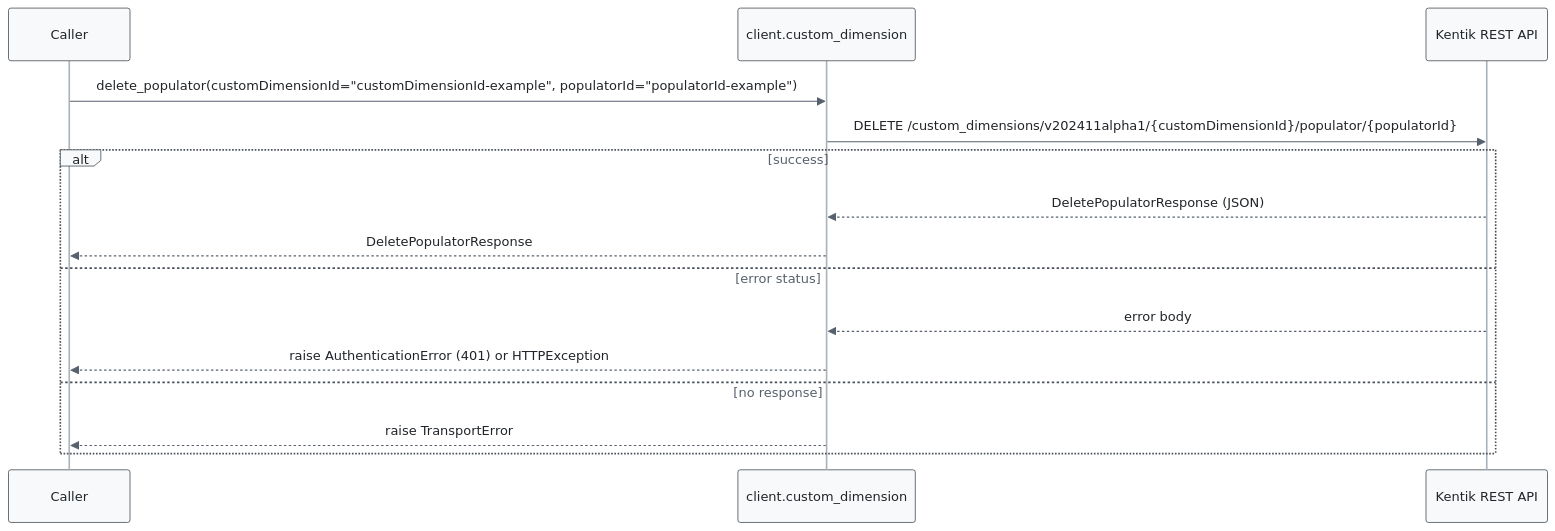
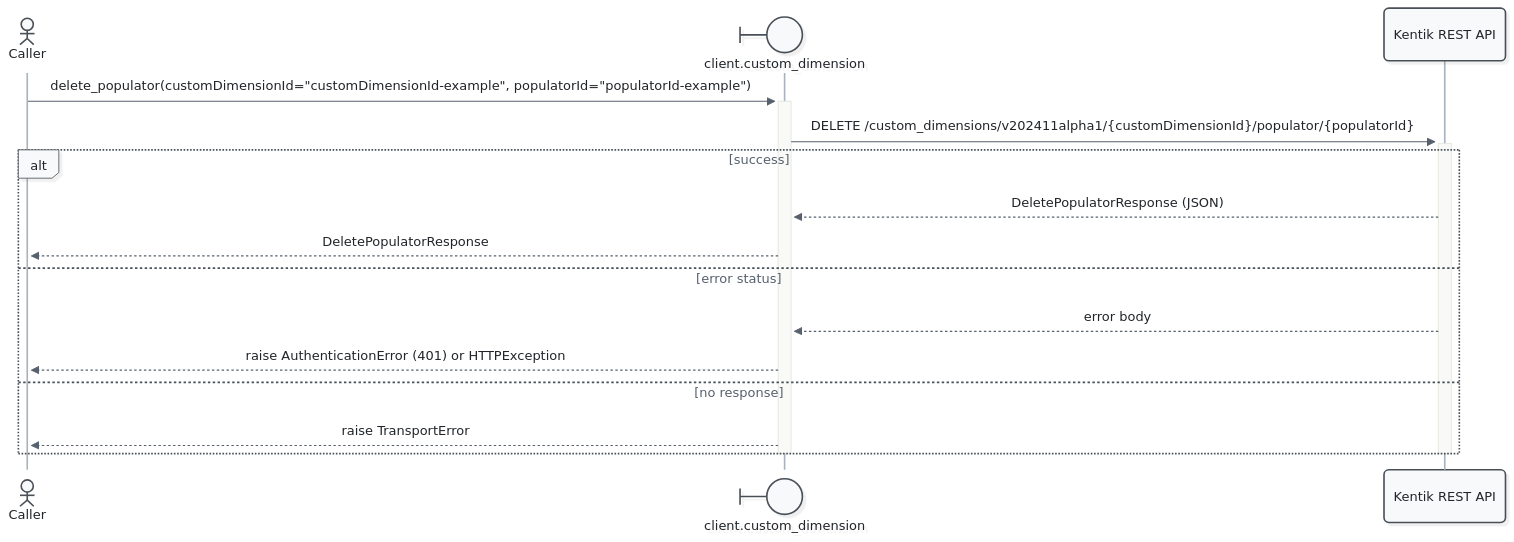
Before and after one commit to alexdearaujo/community_sdk_python: diagram 15 of 21 in docs/sphinx/services/custom_dimension.md, drawn with Mermaid. The commit also changed other lines of this file and 52 other files, not shown here.

First line of the commit message:
docs: Mermaid 12 sequence diagrams with participant types and path colors

````diff
--- a/docs/sphinx/services/custom_dimension.md
+++ b/docs/sphinx/services/custom_dimension.md
@@ -585,19 +620,21 @@
 ```mermaid
-%%{init: {"theme": "base", "fontFamily": "ui-monospace, SFMono-Regular, Menlo, monospace", "themeVariables": {"fontFamily": "ui-monospace, SFMono-Regular, Menlo, monospace", "primaryColor": "#f8f9fa", "primaryBorderColor": "#495057", "primaryTextColor": "#212529", "textColor": "#212529", "lineColor": "#77818c", "edgeLabelBackground": "#ffffff", "actorBkg": "#f8f9fa", "actorBorder": "#495057", "actorTextColor": "#212529", "actorLineColor": "#a9b3be", "signalColor": "#57616d", "signalTextColor": "#212529", "labelBoxBkgColor": "#f8f9fa", "labelBoxBorderColor": "#495057", "labelTextColor": "#212529", "loopTextColor": "#57616d", "noteBkgColor": "#fff9db", "noteBorderColor": "#f08c00", "noteTextColor": "#a35a00"}, "flowchart": {"curve": "step", "nodeSpacing": 30, "rankSpacing": 70, "wrappingWidth": 400}}}%%
+%%{init: {"theme": "redux", "look": "neo", "layout": "dagre", "fontFamily": "ui-monospace, SFMono-Regular, Menlo, monospace", "themeVariables": {"fontFamily": "ui-monospace, SFMono-Regular, Menlo, monospace", "primaryColor": "#f8f9fa", "primaryBorderColor": "#495057", "primaryTextColor": "#212529", "textColor": "#212529", "lineColor": "#77818c", "edgeLabelBackground": "#ffffff", "actorBkg": "#f8f9fa", "actorBorder": "#495057", "actorTextColor": "#212529", "actorLineColor": "#a9b3be", "signalColor": "#57616d", "signalTextColor": "#212529", "labelBoxBkgColor": "#f8f9fa", "labelBoxBorderColor": "#495057", "labelTextColor": "#212529", "loopTextColor": "#57616d", "noteBkgColor": "#fff9db", "noteBorderColor": "#f08c00", "noteTextColor": "#a35a00"}, "sequence": {"activationWidth": 16}, "flowchart": {"curve": "step", "nodeSpacing": 30, "rankSpacing": 70, "wrappingWidth": 400}}}%%
 sequenceDiagram
-    participant C as Caller
-    participant W as client.custom_dimension
+    actor C as Caller
+    participant W@{ "type": "boundary" } as client.custom_dimension
     participant API as Kentik REST API
 
-    C->>W: delete_populator(customDimensionId="customDimensionId-example", populatorId="populatorId-example")
-    W->>API: DELETE /custom_dimensions/v202411alpha1/{customDimensionId}/populator/{populatorId}
+    C->>+W: delete_populator(customDimensionId="customDimensionId-example", populatorId="populatorId-example")
+    W->>+API: DELETE /custom_dimensions/v202411alpha1/{customDimensionId}/populator/{populatorId}
     alt success
         API-->>W: DeletePopulatorResponse (JSON)
         W-->>C: DeletePopulatorResponse
     else error status
         API-->>W: error body
         W-->>C: raise AuthenticationError (401) or HTTPException
     else no response
         W-->>C: raise TransportError
     end
+    deactivate API
+    deactivate W
 ```
````
